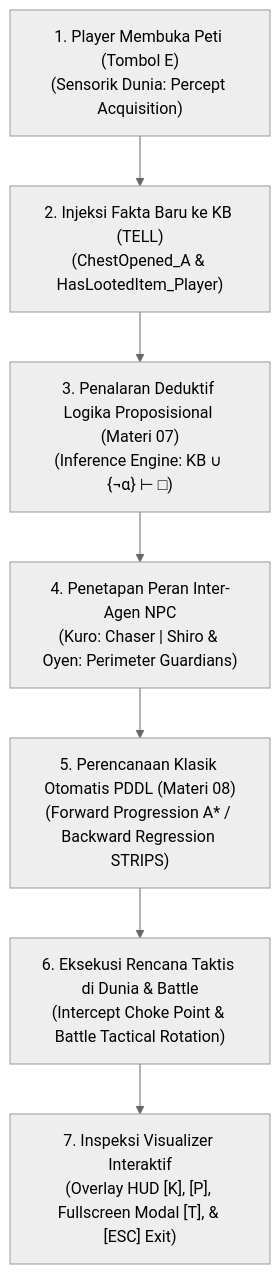
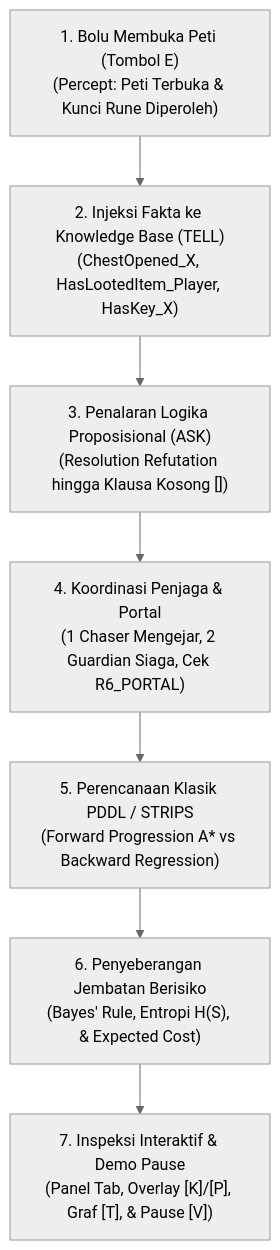
Before and after one commit to hanifmyssr/Game-AI: the diagram in README.md, drawn with Mermaid (neutral theme). The commit also changed other lines of this file and 15 other files, not shown here.

````diff
--- a/README.md
+++ b/README.md
@@ -45,9 +50,9 @@
 ```mermaid
 flowchart TD
-    A["1. Player Membuka Peti (Tombol E)<br/>(Sensorik Dunia: Percept Acquisition)"] --> B["2. Injeksi Fakta Baru ke KB (TELL)<br/>(ChestOpened_A & HasLootedItem_Player)"]
-    B --> C["3. Penalaran Deduktif Logika Proposisional (Materi 07)<br/>(Inference Engine: KB ∪ {¬α} ⊢ □)"]
-    C --> D["4. Penetapan Peran Inter-Agen NPC<br/>(Kuro: Chaser | Shiro & Oyen: Perimeter Guardians)"]
-    D --> E["5. Perencanaan Klasik Otomatis PDDL (Materi 08)<br/>(Forward Progression A* / Backward Regression STRIPS)"]
-    E --> F["6. Eksekusi Rencana Taktis di Dunia & Battle<br/>(Intercept Choke Point & Battle Tactical Rotation)"]
-    F --> G["7. Inspeksi Visualizer Interaktif<br/>(Overlay HUD [K], [P], Fullscreen Modal [T], & [ESC] Exit)"]
+    A["1. Bolu Membuka Peti (Tombol E)<br/>(Percept: Peti Terbuka & Kunci Rune Diperoleh)"] --> B["2. Injeksi Fakta ke Knowledge Base (TELL)<br/>(ChestOpened_X, HasLootedItem_Player, HasKey_X)"]
+    B --> C["3. Penalaran Logika Proposisional (ASK)<br/>(Resolution Refutation hingga Klausa Kosong [])"]
+    C --> D["4. Koordinasi Penjaga & Portal<br/>(1 Chaser Mengejar, 2 Guardian Siaga, Cek R6_PORTAL)"]
+    D --> E["5. Perencanaan Klasik PDDL / STRIPS<br/>(Forward Progression A* vs Backward Regression)"]
+    E --> F["6. Penyeberangan Jembatan Berisiko<br/>(Bayes' Rule, Entropi H(S), & Expected Cost)"]
+    F --> G["7. Inspeksi Interaktif & Demo Pause<br/>(Panel Tab, Overlay [K]/[P], Graf [T], & Pause [V])"]
 ```
````
